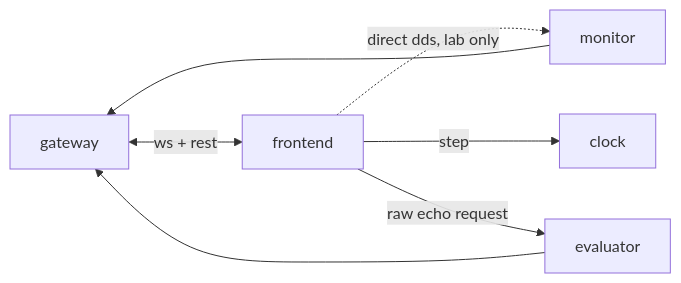
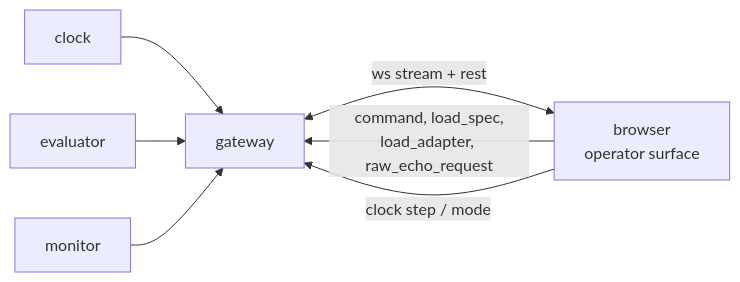
One commit to pinhas019/LtlMonitor changed the diagram in docs/packages/P7-frontend.md. Above: the diagram before and after it, drawn with Mermaid. The commit also changed other lines of this file and 1 other file, not shown here.

````diff
--- a/docs/packages/P7-frontend.md
+++ b/docs/packages/P7-frontend.md
@@ -12,14 +16,14 @@
 ```mermaid
 flowchart LR
+  CLK["clock"]
+  EVAL["evaluator"]
+  MON["monitor"]
   GW["gateway"]
-  MON["monitor"]
-  EVAL["evaluator"]
-  CLK["clock"]
-  FE["frontend"]
-  GW <-- "ws + rest" --> FE
-  FE -. "direct dds, lab only" .-> MON
+  FE["browser<br/>operator surface"]
+  CLK --> GW
+  EVAL --> GW
   MON --> GW
-  EVAL --> GW
-  FE -- "step" --> CLK
-  FE -- "raw echo request" --> EVAL
+  GW <-- "ws stream + rest" --> FE
+  FE -- "command, load_spec,<br/>load_adapter, raw_echo_request" --> GW
+  FE -- "clock step / mode" --> GW
 ```
````
